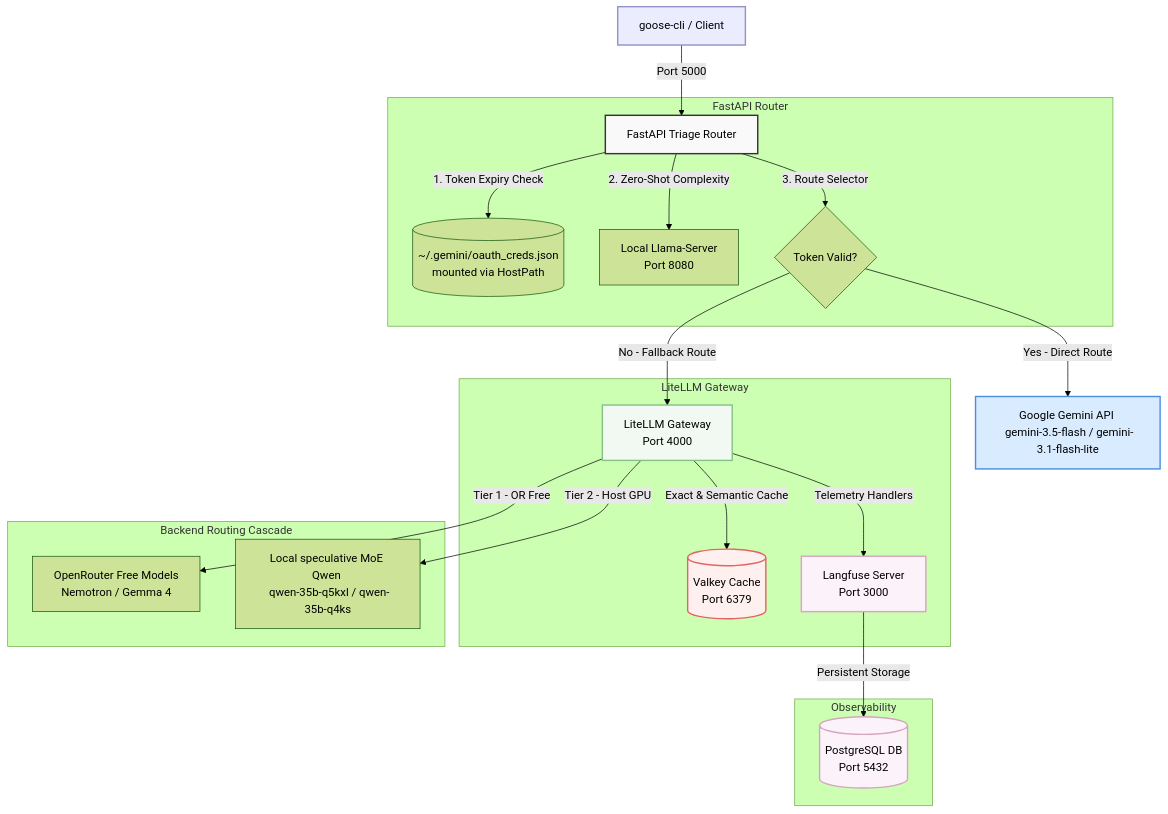
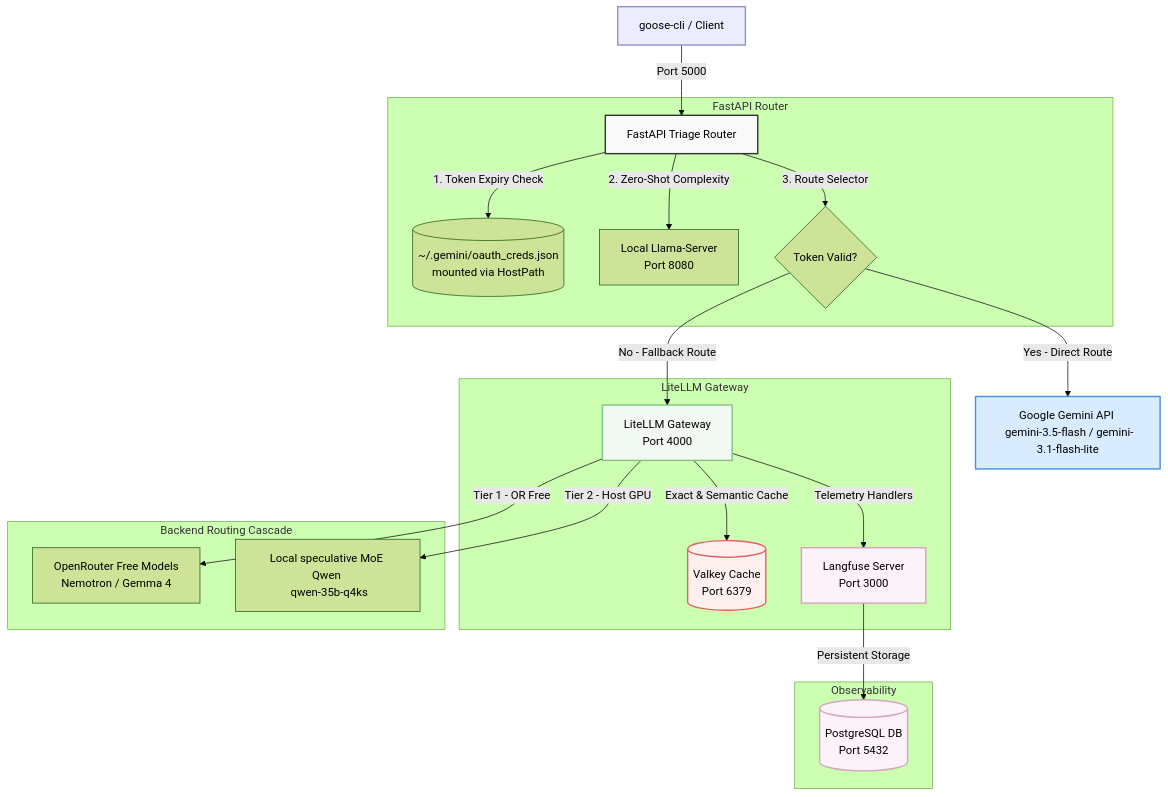
One commit to sheepdestroyer/LLM-Routing changed the first of 2 diagrams in README.md. Above: the diagram before and after it, drawn with Mermaid (forest theme). The commit also changed other lines of this file and 2 other files, not shown here.

Commit message:
remove q5kxl Qwen model version

````diff
--- a/README.md
+++ b/README.md
@@ -15,35 +15,35 @@
 ```mermaid
 graph TD
     Client[goose-cli / Client] -->|Port 5000| Router[FastAPI Triage Router]
     
     subgraph FastAPI Router
         Router -->|1. Token Expiry Check| Creds[(~/.gemini/oauth_creds.json <br> mounted via HostPath)]
         Router -->|2. Zero-Shot Complexity| LlamaServer[Local Llama-Server <br> Port 8080]
         Router -->|3. Route Selector| RouteDecision{Token Valid?}
     end
 
     RouteDecision -->|Yes - Direct Route| Gemini[Google Gemini API <br> gemini-3.5-flash / gemini-3.1-flash-lite]
     RouteDecision -->|No - Fallback Route| LiteLLM[LiteLLM Gateway <br> Port 4000]
     
     subgraph LiteLLM Gateway
         LiteLLM -->|Exact & Semantic Cache| Valkey[(Valkey Cache <br> Port 6379)]
         LiteLLM -->|Telemetry Handlers| Langfuse[Langfuse Server <br> Port 3000]
     end
 
     subgraph Backend Routing Cascade
         LiteLLM -->|Tier 1 - OR Free| OpenRouter[OpenRouter Free Models <br> Nemotron / Gemma 4]
-        LiteLLM -->|Tier 2 - Host GPU| QwenLocal[Local speculative MoE Qwen <br> qwen-35b-q5kxl / qwen-35b-q4ks]
+        LiteLLM -->|Tier 2 - Host GPU| QwenLocal[Local speculative MoE Qwen <br> qwen-35b-q4ks]
     end
 
     subgraph Observability
         Langfuse -->|Persistent Storage| Postgres[(PostgreSQL DB <br> Port 5432)]
     end
     
     style Client fill:#ececff,stroke:#9393c9,stroke-width:2px;
     style Router fill:#f9f9f9,stroke:#333,stroke-width:2px;
     style Gemini fill:#d9ebff,stroke:#4a90e2,stroke-width:2px;
     style LiteLLM fill:#f2f9f2,stroke:#85c285,stroke-width:2px;
     style Valkey fill:#fff0f0,stroke:#e06666,stroke-width:2px;
     style Langfuse fill:#fbf2fa,stroke:#d5a6bd,stroke-width:2px;
     style Postgres fill:#fbf2fa,stroke:#d5a6bd,stroke-width:2px;
 ```
````
